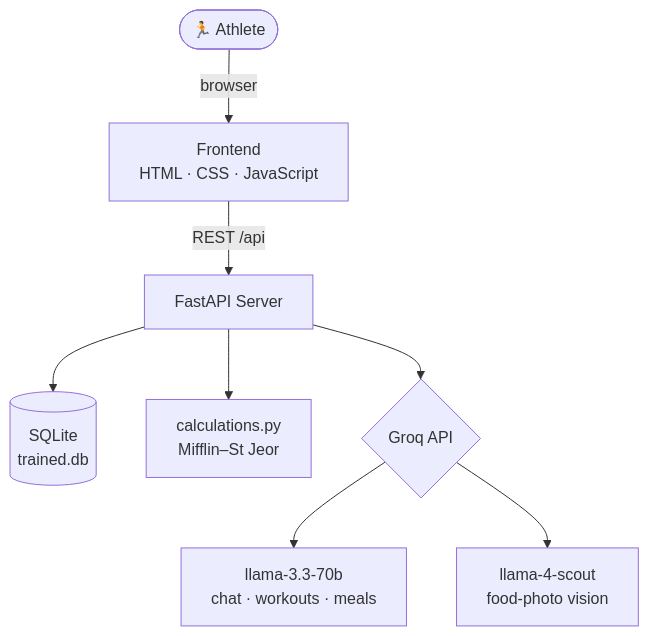
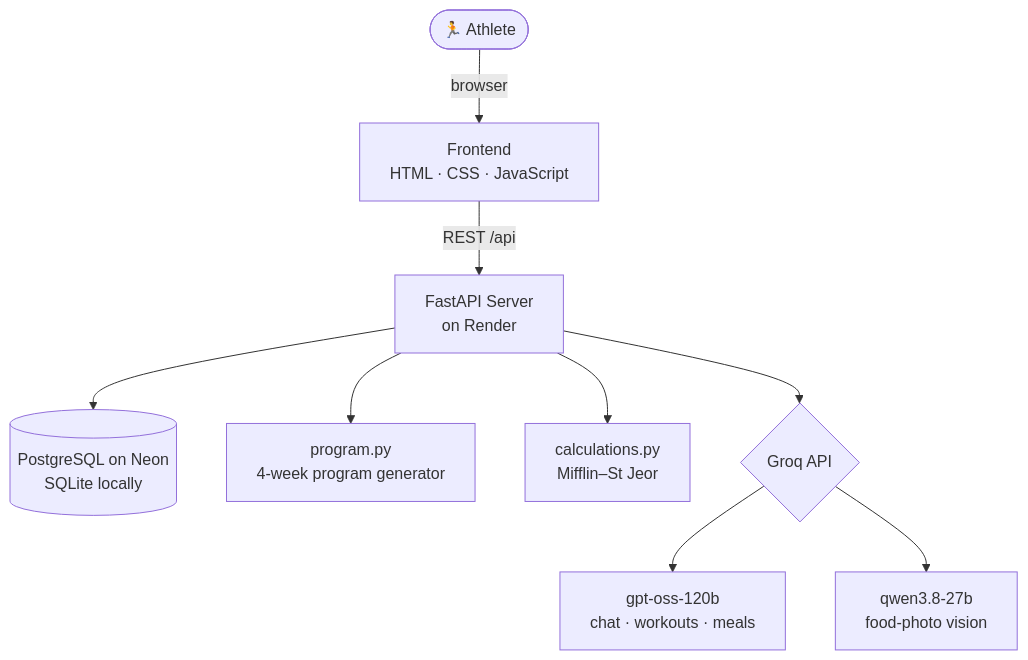
Before and after one commit to nurbakhyt2009n-oss/trAIned: the diagram in README.md, drawn with Mermaid. The commit also changed other lines of this file and 21 other files, not shown here.

````diff
--- a/README.md
+++ b/README.md
@@ -63,10 +81,11 @@
 ```mermaid
 flowchart TD
     User([🏃 Athlete]) -->|browser| FE[Frontend<br/>HTML · CSS · JavaScript]
-    FE -->|REST /api| API[FastAPI Server]
-    API --> DB[(SQLite<br/>trained.db)]
+    FE -->|REST /api| API[FastAPI Server<br/>on Render]
+    API --> DB[(PostgreSQL on Neon<br/>SQLite locally)]
+    API --> PROG[program.py<br/>4-week program generator]
     API --> CALC[calculations.py<br/>Mifflin–St Jeor]
     API --> AI{Groq API}
-    AI --> TXT[llama-3.3-70b<br/>chat · workouts · meals]
-    AI --> VIS[llama-4-scout<br/>food-photo vision]
+    AI --> TXT[gpt-oss-120b<br/>chat · workouts · meals]
+    AI --> VIS[qwen3.8-27b<br/>food-photo vision]
 ```
````
